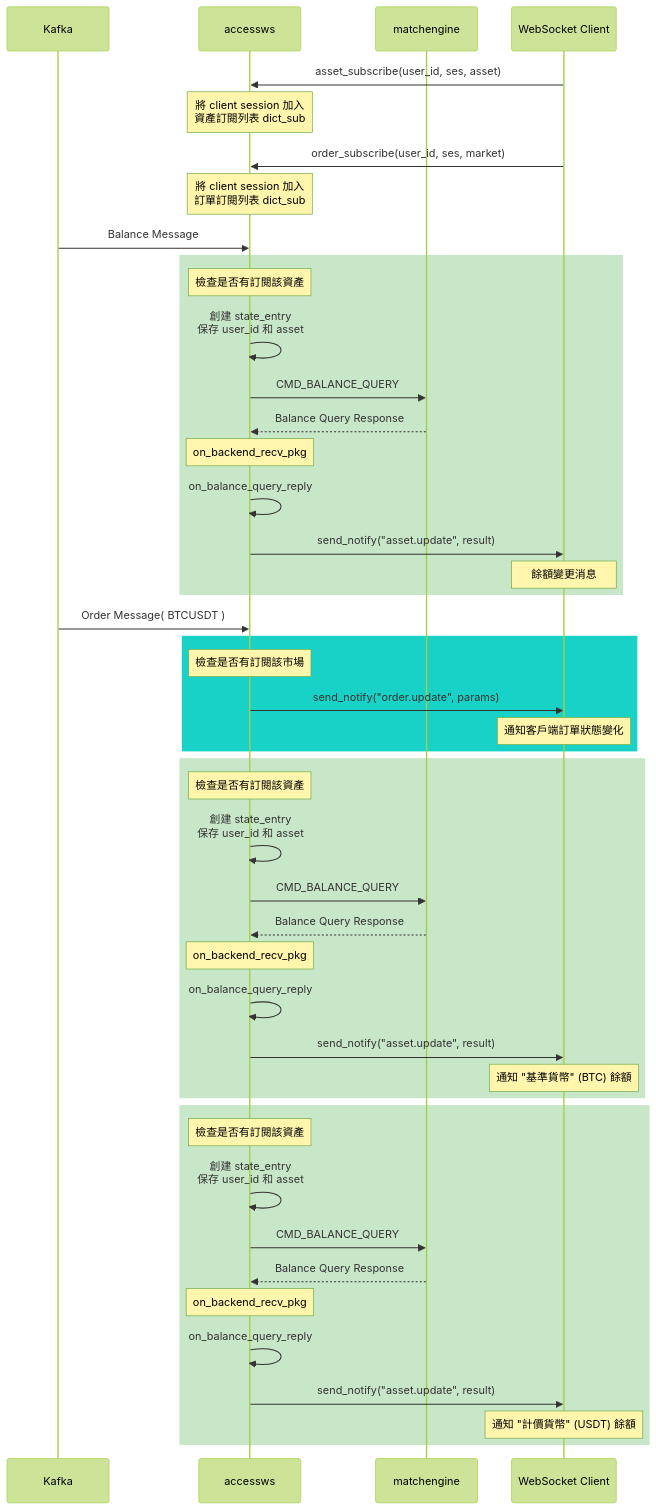
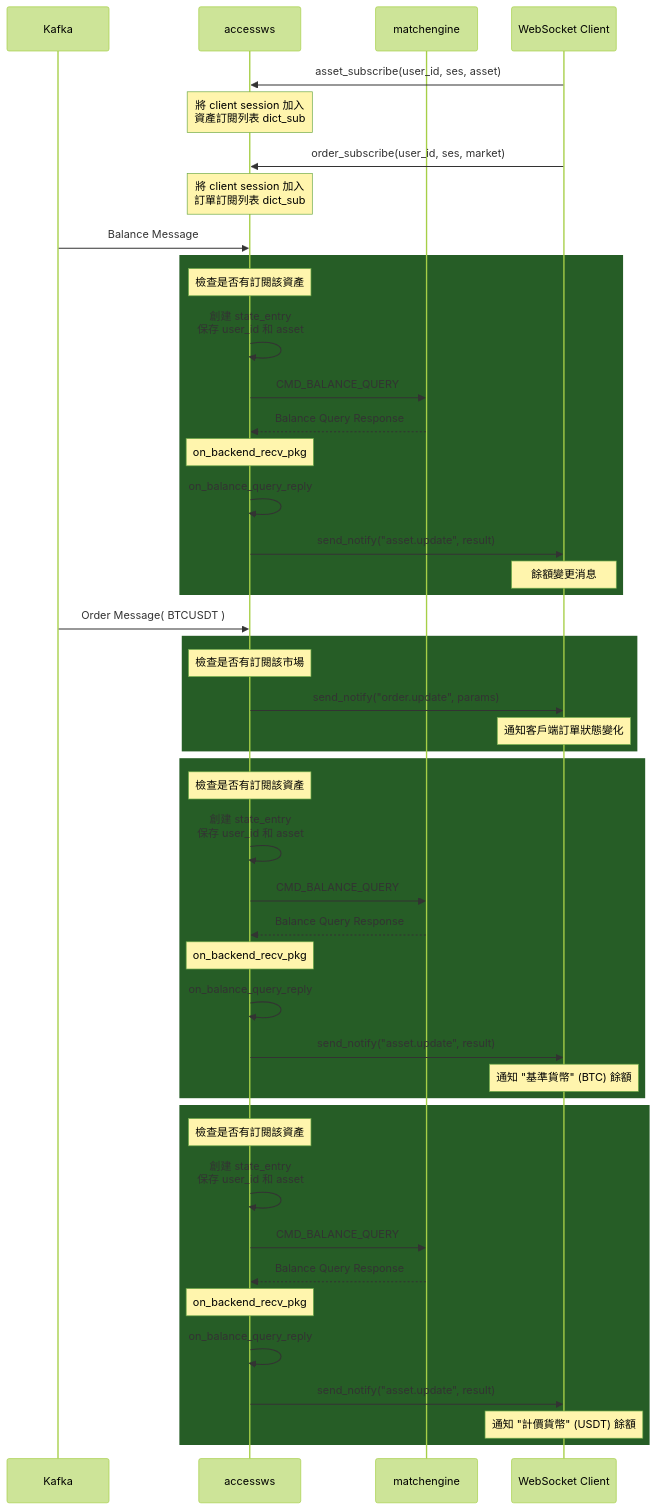
One commit to jasonLuFa/viabtc_exchange_server changed the third of 3 diagrams in doc/accessws.md. Above: the diagram before and after it, drawn with Mermaid (forest theme). The commit also changed 2 other files, not shown here.

````diff
--- a/doc/accessws.md
+++ b/doc/accessws.md
@@ -111,59 +111,59 @@
 ```mermaid
 sequenceDiagram
     participant K as Kafka
     participant A as accessws
     participant ME as matchengine
     participant C as WebSocket Client
 
     %% 初始訂閱流程
     C->>A: asset_subscribe(user_id, ses, asset)
     Note over A: 將 client session 加入<br/>資產訂閱列表 dict_sub
     
     C->>A: order_subscribe(user_id, ses, market)
     Note over A: 將 client session 加入<br/>訂單訂閱列表 dict_sub
 
     %% Kafka Balance Topic 處理流程
     K->>A: Balance Message
     
-    rect rgb(200, 230, 200)
+    rect rgb(38, 93, 38)
         Note over A: 檢查是否有訂閱該資產
         A->>A: 創建 state_entry<br/>保存 user_id 和 asset
         A->>ME: CMD_BALANCE_QUERY
         ME-->>A: Balance Query Response
         Note over A: on_backend_recv_pkg
         A->>A: on_balance_query_reply
         A->>C: send_notify("asset.update", result)
         Note over C:  餘額變更消息
     end
 
     %% Kafka Order Topic 處理流程
     K->>A: Order Message( BTCUSDT )
     
-    rect rgb(24, 210, 200)
+    rect rgb(38, 93, 38)
         Note over A: 檢查是否有訂閱該市場
         A->>C: send_notify("order.update", params)
         Note over C: 通知客戶端訂單狀態變化
     end
     
-    rect rgb(200, 230, 200)
+    rect rgb(38, 93, 38)
         Note over A: 檢查是否有訂閱該資產
         A->>A: 創建 state_entry<br/>保存 user_id 和 asset
         A->>ME: CMD_BALANCE_QUERY
         ME-->>A: Balance Query Response
         Note over A: on_backend_recv_pkg
         A->>A: on_balance_query_reply
         A->>C: send_notify("asset.update", result)
         Note over C: 通知 "基準貨幣" (BTC) 餘額
     end
     
-    rect rgb(200, 230, 200)
+    rect rgb(38, 93, 38)
         Note over A: 檢查是否有訂閱該資產
         A->>A: 創建 state_entry<br/>保存 user_id 和 asset
         A->>ME: CMD_BALANCE_QUERY
         ME-->>A: Balance Query Response
         Note over A: on_backend_recv_pkg
         A->>A: on_balance_query_reply
         A->>C: send_notify("asset.update", result)
         Note over C: 通知 "計價貨幣" (USDT) 餘額
     end
 ```
````
